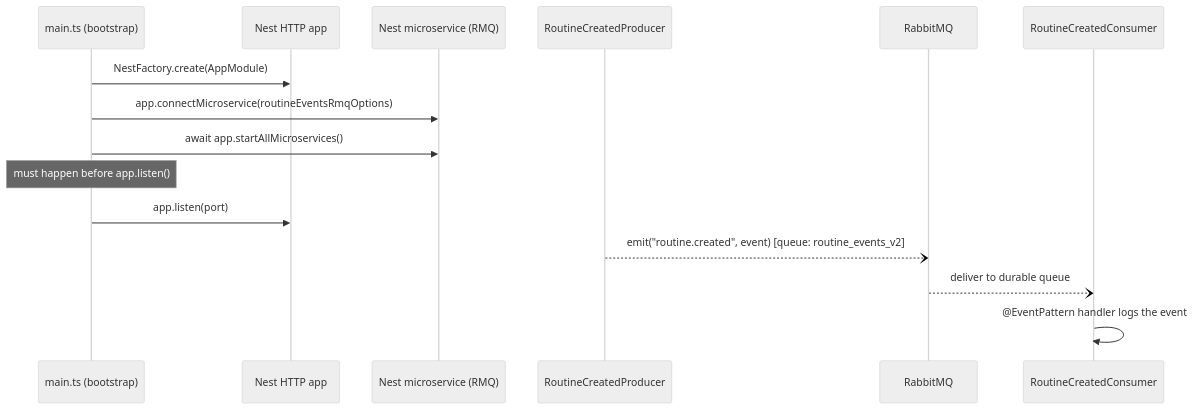
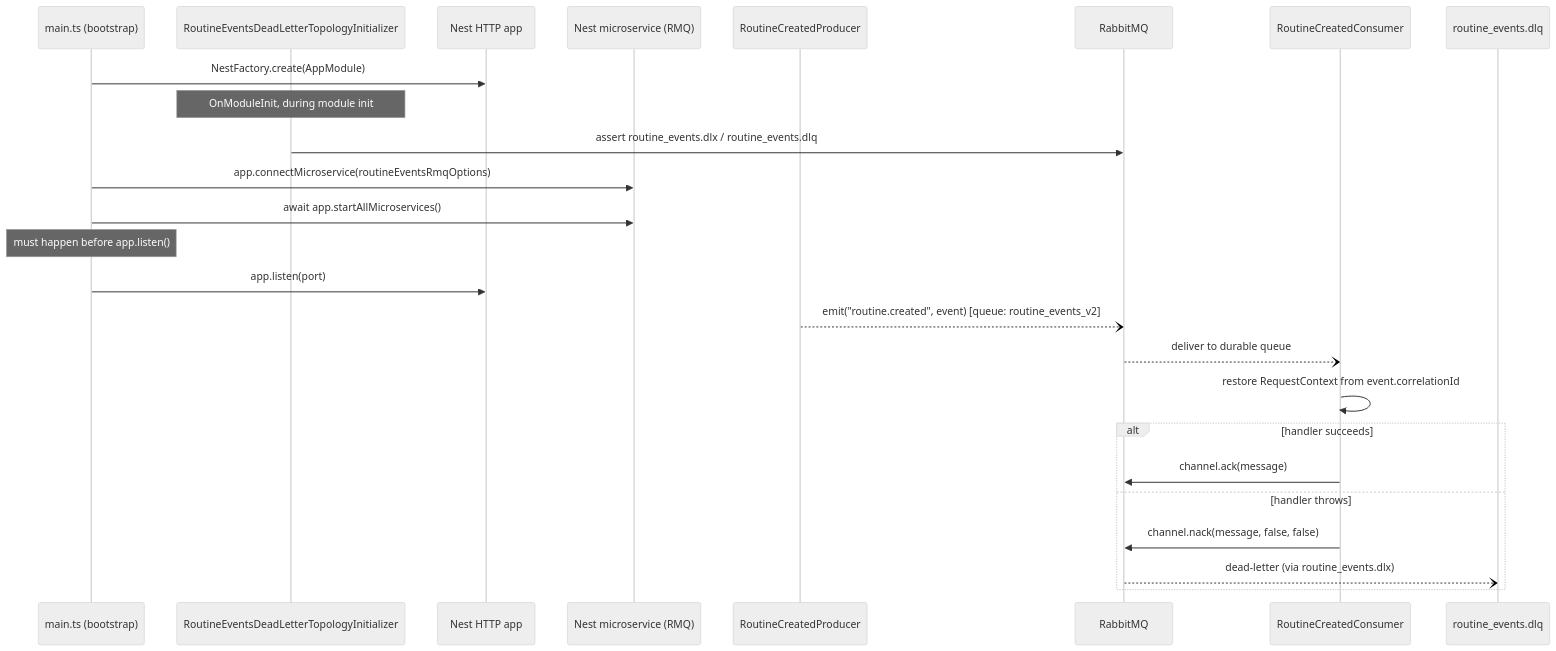
Before and after one commit to alecoelhodev/guitarcoach: the fourth of 4 diagrams in docs/flows.md, drawn with Mermaid (neutral theme). The commit also changed other lines of this file and 1 other file, not shown here.

Commit message:
docs: Update README and flows documentation for clarity and accuracy

````diff
--- a/docs/flows.md
+++ b/docs/flows.md
@@ -122,19 +122,29 @@
 ```mermaid
 sequenceDiagram
     participant Main as main.ts (bootstrap)
+    participant DLQInit as RoutineEventsDeadLetterTopologyInitializer
     participant HTTP as Nest HTTP app
     participant MQ as Nest microservice (RMQ)
     participant Producer as RoutineCreatedProducer
     participant RabbitMQ
     participant Consumer as RoutineCreatedConsumer
+    participant DLQ as routine_events.dlq
 
     Main->>HTTP: NestFactory.create(AppModule)
+    Note over DLQInit: OnModuleInit, during module init
+    DLQInit->>RabbitMQ: assert routine_events.dlx / routine_events.dlq
     Main->>MQ: app.connectMicroservice(routineEventsRmqOptions)
     Main->>MQ: await app.startAllMicroservices()
     Note over Main: must happen before app.listen()
     Main->>HTTP: app.listen(port)
 
     Producer--)RabbitMQ: emit("routine.created", event) [queue: routine_events_v2]
     RabbitMQ--)Consumer: deliver to durable queue
-    Consumer->>Consumer: @EventPattern handler logs the event
+    Consumer->>Consumer: restore RequestContext from event.correlationId
+    alt handler succeeds
+        Consumer->>RabbitMQ: channel.ack(message)
+    else handler throws
+        Consumer->>RabbitMQ: channel.nack(message, false, false)
+        RabbitMQ--)DLQ: dead-letter (via routine_events.dlx)
+    end
 ```
````
